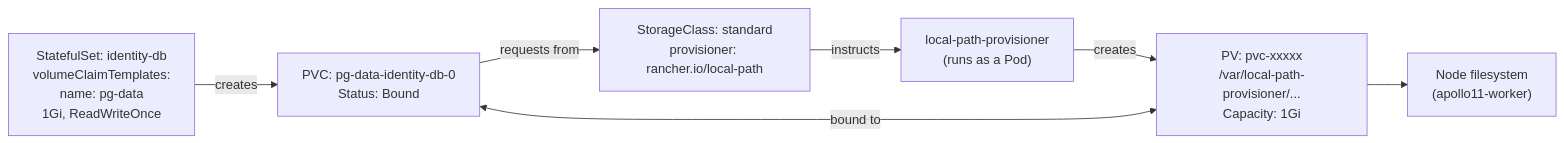
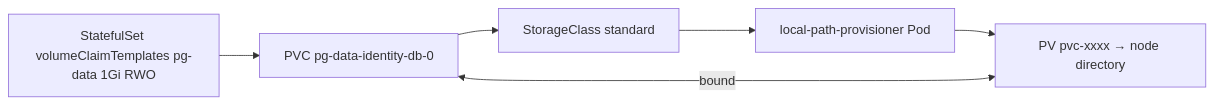
Before and after one commit to darshan-raul/apollo11-docs: the diagram in docs/learn/storage/claims-and-provisioning.md, drawn with Mermaid. The commit also changed other lines of this file and 55 other files, not shown here.

````diff
--- a/docs/learn/storage/claims-and-provisioning.md
+++ b/docs/learn/storage/claims-and-provisioning.md
@@ -27,9 +20,8 @@
-~~~mermaid
+```mermaid
 flowchart LR
-  STS["StatefulSet: identity-db\nvolumeClaimTemplates:\n  name: pg-data\n  1Gi, ReadWriteOnce"] -->|creates| PVC["PVC: pg-data-identity-db-0\nStatus: Bound"]
-  PVC -->|requests from| SC["StorageClass: standard\nprovisioner: rancher.io/local-path"]
-  SC -->|instructs| Provisioner["local-path-provisioner\n(runs as a Pod)"]
-  Provisioner -->|creates| PV["PV: pvc-xxxxx\n/var/local-path-provisioner/...\nCapacity: 1Gi"]
-  PVC <-->|bound to| PV
-  PV --> Disk["Node filesystem\n(apollo11-worker)"]
-~~~
+  STS[StatefulSet volumeClaimTemplates pg-data 1Gi RWO] --> PVC[PVC pg-data-identity-db-0]
+  PVC --> SC[StorageClass standard]
+  SC --> Prov[local-path-provisioner Pod]
+  Prov --> PV[PV pvc-xxxx → node directory]
+  PVC <-->|bound| PV
+```
````
